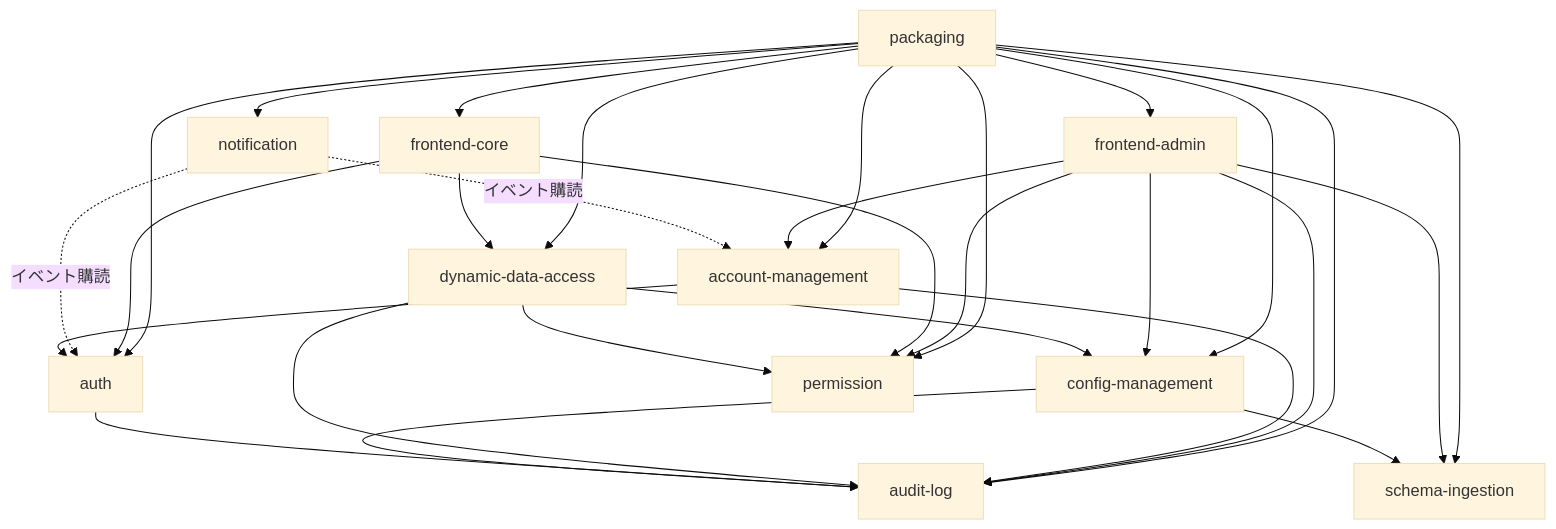
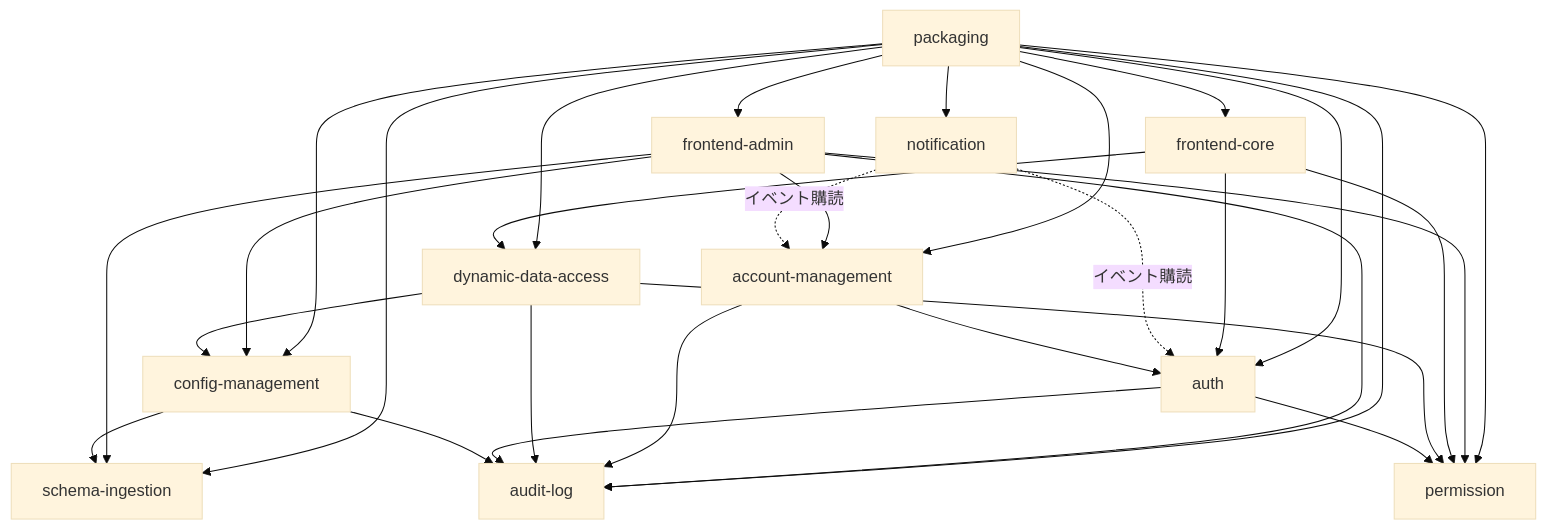
The diagram in aidlc/spaces/default/intents/260904-static-config-crud/inception/units-generation/unit-of-work-dependency.md (agwlvssainokuni/mastersmith), drawn with Mermaid (base theme) before and after one commit. The commit also changed other lines of this file and 8 other files, not shown here.

````diff
--- a/aidlc/spaces/default/intents/260904-static-config-crud/inception/units-generation/unit-of-work-dependency.md
+++ b/aidlc/spaces/default/intents/260904-static-config-crud/inception/units-generation/unit-of-work-dependency.md
@@ -38,31 +40,32 @@
 ```mermaid
 graph TD
   config-management --> schema-ingestion
   config-management --> audit-log
   auth --> audit-log
+  auth --> permission
   dynamic-data-access --> config-management
   dynamic-data-access --> permission
   dynamic-data-access --> audit-log
   account-management --> auth
   account-management --> audit-log
   notification -.->|イベント購読| auth
   notification -.->|イベント購読| account-management
   frontend-core --> auth
   frontend-core --> dynamic-data-access
   frontend-core --> permission
   frontend-admin --> schema-ingestion
   frontend-admin --> config-management
   frontend-admin --> permission
   frontend-admin --> account-management
   frontend-admin --> audit-log
   packaging --> schema-ingestion
   packaging --> config-management
   packaging --> permission
   packaging --> dynamic-data-access
   packaging --> auth
   packaging --> account-management
   packaging --> notification
   packaging --> audit-log
   packaging --> frontend-core
   packaging --> frontend-admin
 ```
````
